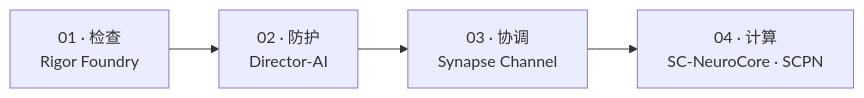
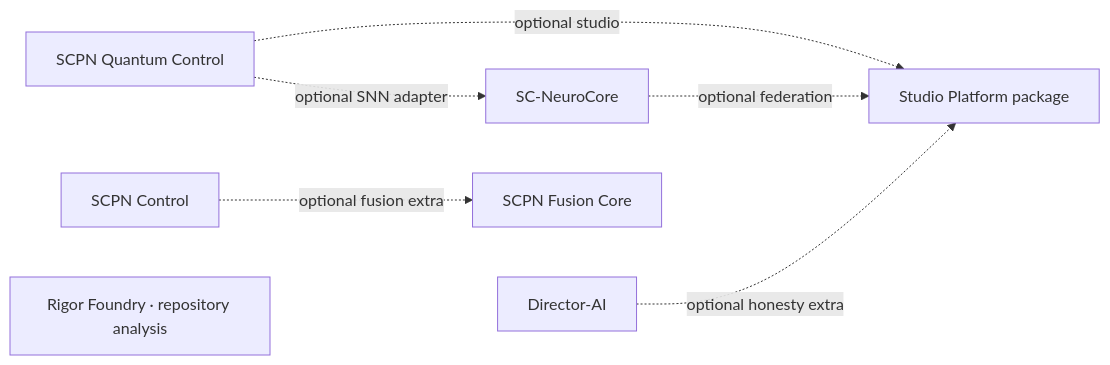
Before and after one commit to anulum/anulum: the diagram in README.zh-CN.md, drawn with Mermaid. The commit also changed other lines of this file and 121 other files, not shown here.

````diff
--- a/README.zh-CN.md
+++ b/README.zh-CN.md
@@ -158,4 +138,9 @@
 ```mermaid
 flowchart LR
-    A["01 · 检查<br/>Rigor Foundry"] --> B["02 · 防护<br/>Director-AI"] --> C["03 · 协调<br/>Synapse Channel"] --> D["04 · 计算<br/>SC-NeuroCore · SCPN"]
+    Q["SCPN Quantum Control"] -. "optional SNN adapter" .-> N["SC-NeuroCore"]
+    Q -. "optional studio" .-> S["Studio Platform package"]
+    N -. "optional federation" .-> S
+    D["Director-AI"] -. "optional honesty extra" .-> S
+    C["SCPN Control"] -. "optional fusion extra" .-> F["SCPN Fusion Core"]
+    R["Rigor Foundry · repository analysis"]
 ```
````
